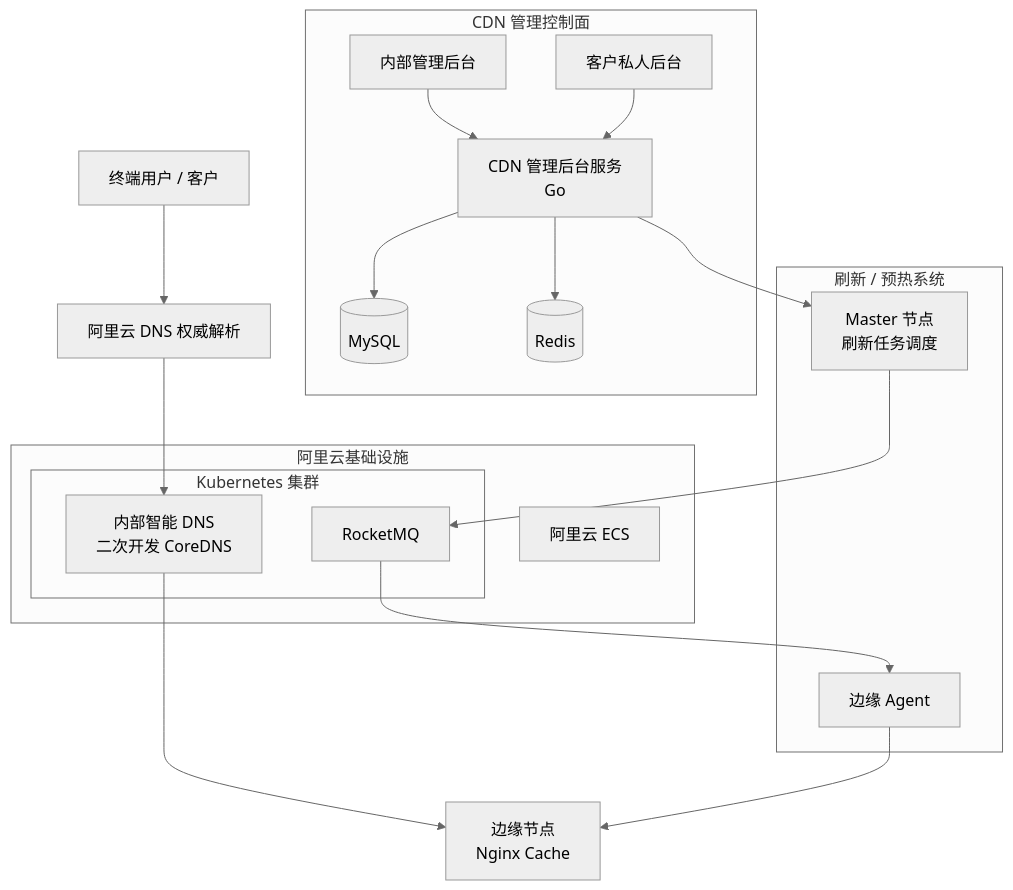
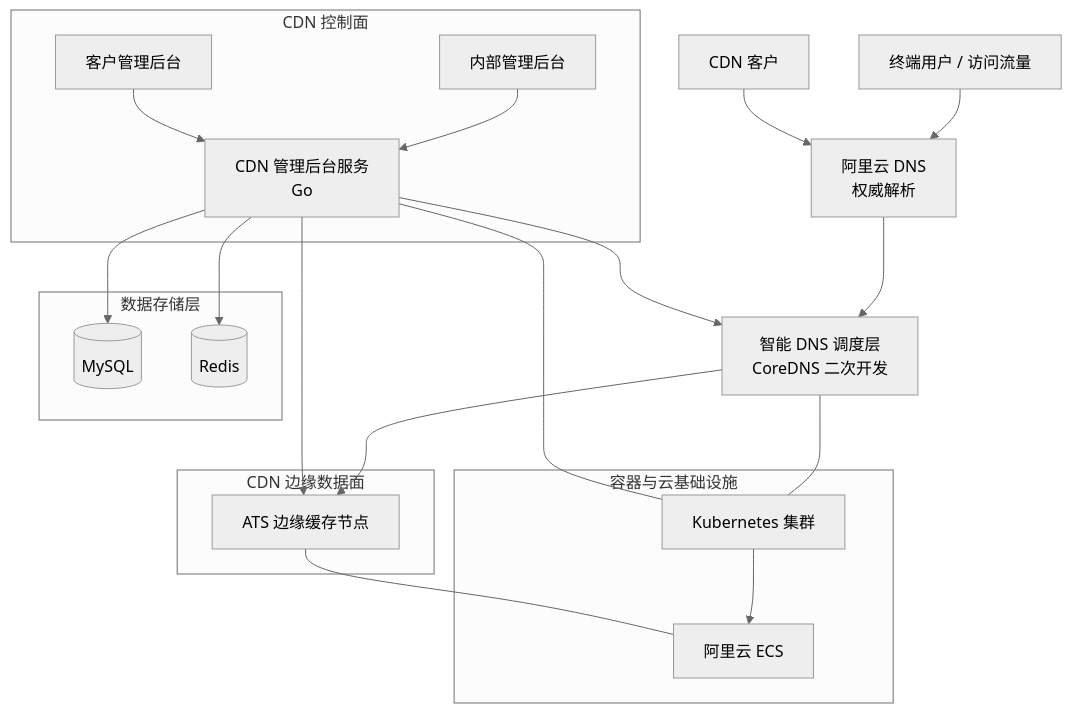
Before and after one commit to HK-CH2018/interview: the third of 5 diagrams in cdn系统总结.md, drawn with Mermaid (neutral theme). The commit also changed other lines of this file, not shown here.

First line of the commit message:
Revise CDN system architecture and refresh logic diagrams

````diff
--- a/cdn系统总结.md
+++ b/cdn系统总结.md
@@ -202,55 +174,57 @@
 ```mermaid
 flowchart TB
-    %% 用户与入口
-    User[终端用户 / 客户]
-    AliDNS[阿里云 DNS 权威解析]
+    %% ========= 用户层 =========
+    User[终端用户 / 访问流量]
+    Customer[CDN 客户]
 
-    %% DNS 层
-    CoreDNS[内部智能 DNS<br/>二次开发 CoreDNS]
+    %% ========= DNS 调度层 =========
+    AliDNS[阿里云 DNS<br/>权威解析]
+    CoreDNS[智能 DNS 调度层<br/>CoreDNS 二次开发]
 
-    %% 调度与访问
-    User --> AliDNS
-    AliDNS --> CoreDNS
+    %% ========= 边缘数据面 =========
+    subgraph EdgePlane[CDN 边缘数据面]
+        ATS[ATS 边缘缓存节点]
+    end
 
-    %% CDN 访问路径
-    CoreDNS --> EdgeNginx[边缘节点<br/>Nginx Cache]
-
-    %% 管理后台
-    subgraph ControlPlane[CDN 管理控制面]
+    %% ========= 控制面 =========
+    subgraph ControlPlane[CDN 控制面]
         AdminUI[内部管理后台]
-        ClientUI[客户私人后台]
+        ClientUI[客户管理后台]
 
         Backend[CDN 管理后台服务<br/>Go]
-        MySQL[(MySQL)]
-        Redis[(Redis)]
 
         AdminUI --> Backend
         ClientUI --> Backend
-        Backend --> MySQL
-        Backend --> Redis
     end
 
-    %% Kubernetes & Infra
-    subgraph K8S[Kubernetes 集群]
-        CoreDNS
-        Backend
-        MQ[RocketMQ]
+    %% ========= 数据存储层 =========
+    subgraph DataLayer[数据存储层]
+        MySQL[(MySQL)]
+        Redis[(Redis)]
     end
 
-    %% 刷新预热系统
-    subgraph RefreshSystem[刷新 / 预热系统]
-        Master[Master 节点<br/>刷新任务调度]
-        Agent[边缘 Agent]
+    %% ========= 基础设施 =========
+    subgraph Infra[容器与云基础设施]
+        K8S[Kubernetes 集群]
+        ECS[阿里云 ECS]
+        K8S --> ECS
     end
 
-    Backend --> Master
-    Master --> MQ
-    MQ --> Agent
-    Agent --> EdgeNginx
+    %% ========= 访问路径 =========
+    User --> AliDNS
+    Customer --> AliDNS
+    AliDNS --> CoreDNS
+    CoreDNS --> ATS
 
-    %% 基础设施
-    subgraph Infra[阿里云基础设施]
-        ECS[阿里云 ECS]
-        K8S
-    end
+    %% ========= 管理关系 =========
+    Backend --> CoreDNS
+    Backend --> ATS
+    Backend --> MySQL
+    Backend --> Redis
+
+    %% ========= 部署关系 =========
+    CoreDNS --- K8S
+    Backend --- K8S
+    ATS --- ECS
+
 ```
````
